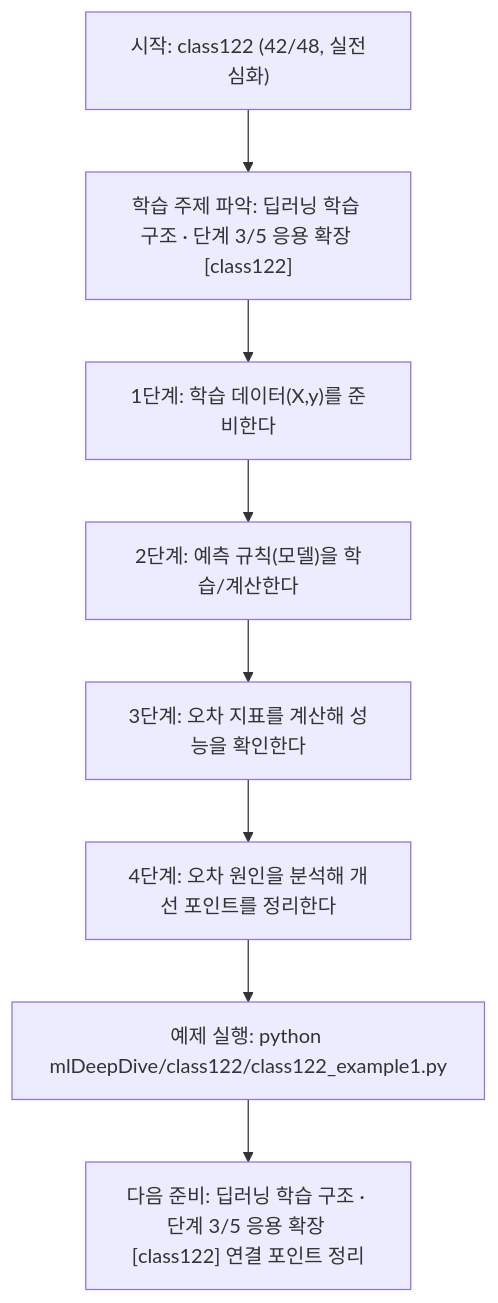
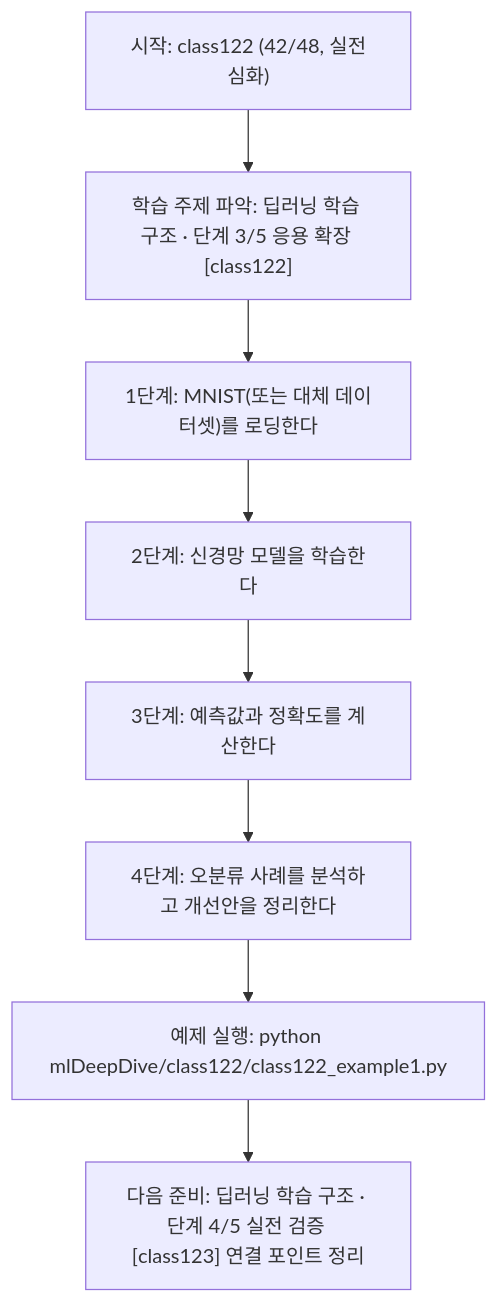
One commit to edumgt/Python-AI_Agent-Class changed the diagram in mlDeepDive/class122/class122.md. Above: the diagram before and after it, drawn with Mermaid. The commit also changed other lines of this file and 338 other files, not shown here.

````diff
--- a/mlDeepDive/class122/class122.md
+++ b/mlDeepDive/class122/class122.md
@@ -110,18 +91,18 @@
 ```mermaid
 flowchart TD
 N1["시작: class122 (42/48, 실전심화)"]
 N2["학습 주제 파악: 딥러닝 학습 구조 · 단계 3/5 응용 확장 [class122]"]
-N3["1단계: 학습 데이터(X,y)를 준비한다"]
-N4["2단계: 예측 규칙(모델)을 학습/계산한다"]
-N5["3단계: 오차 지표를 계산해 성능을 확인한다"]
-N6["4단계: 오차 원인을 분석해 개선 포인트를 정리한다"]
+N3["1단계: MNIST(또는 대체 데이터셋)를 로딩한다"]
+N4["2단계: 신경망 모델을 학습한다"]
+N5["3단계: 예측값과 정확도를 계산한다"]
+N6["4단계: 오분류 사례를 분석하고 개선안을 정리한다"]
 N7["예제 실행: python mlDeepDive/class122/class122_example1.py"]
-N8["다음 준비: 딥러닝 학습 구조 · 단계 3/5 응용 확장 [class122] 연결 포인트 정리"]
+N8["다음 준비: 딥러닝 학습 구조 · 단계 4/5 실전 검증 [class123] 연결 포인트 정리"]
 N1 --> N2
 N2 --> N3
 N3 --> N4
 N4 --> N5
 N5 --> N6
 N6 --> N7
 N7 --> N8
 ```
````
